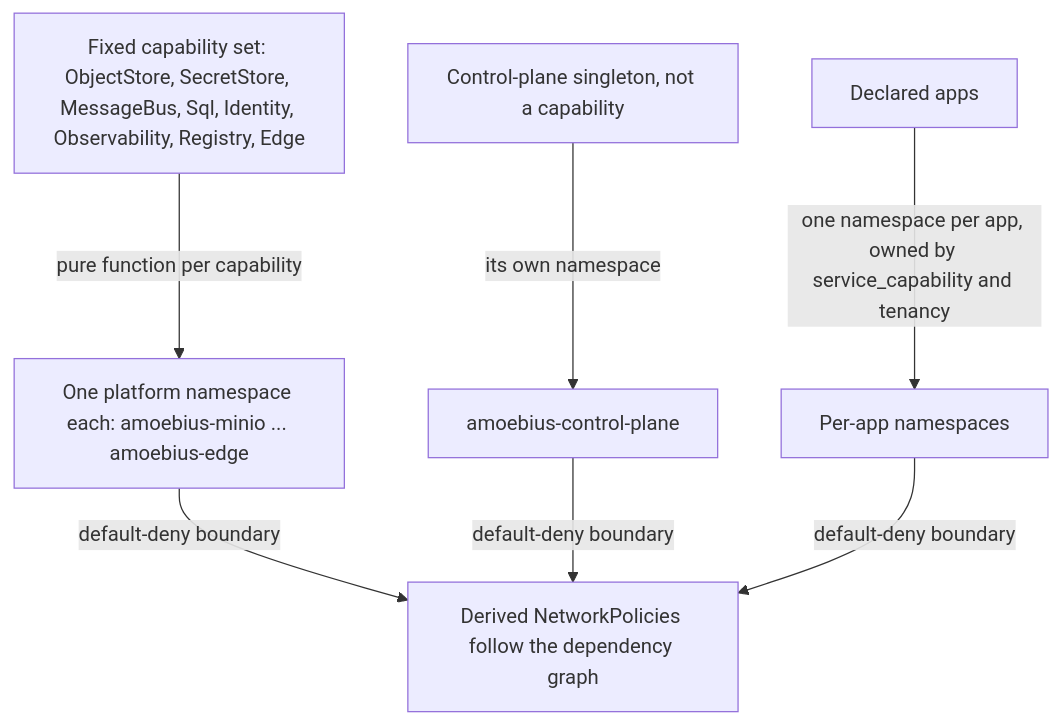
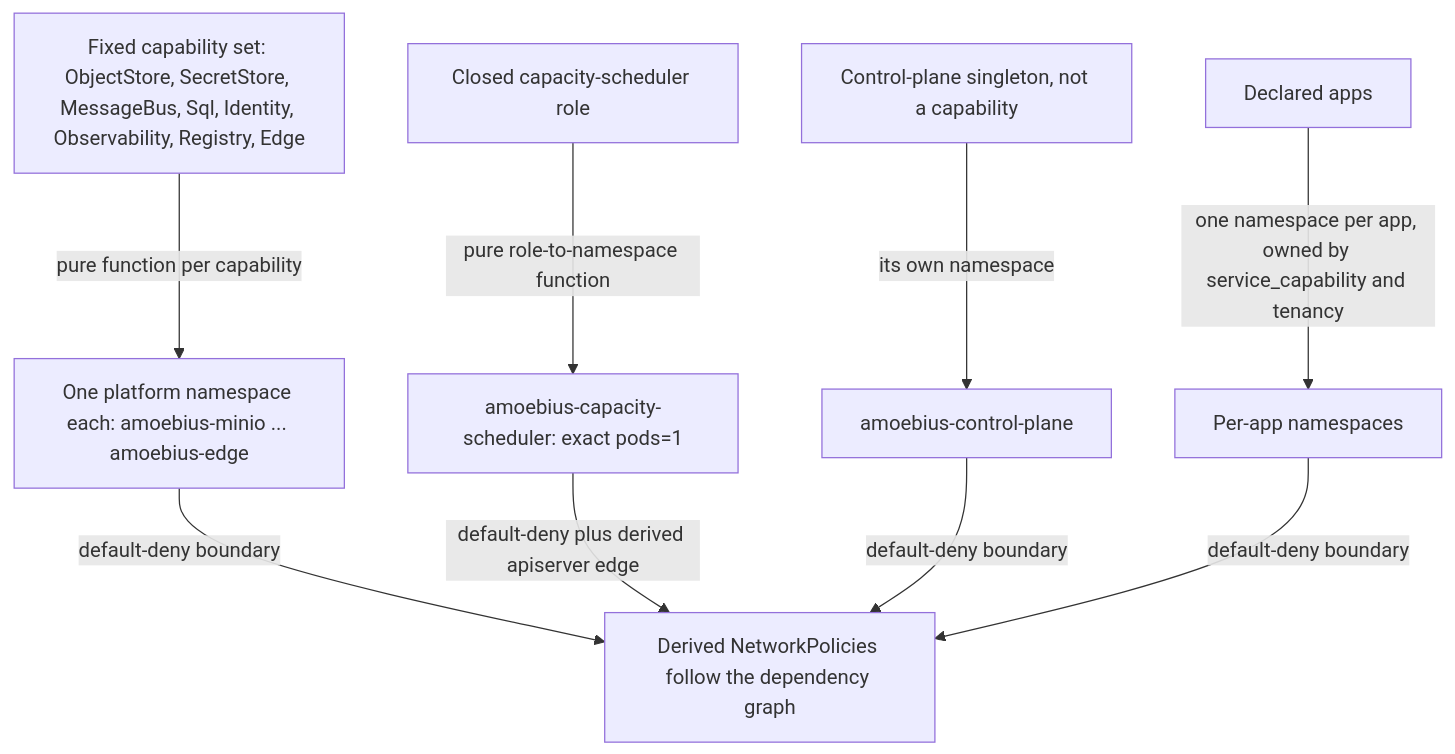
Before and after one commit to Tuee22/amoebius: the diagram in documents/engineering/namespace_layout_doctrine.md, drawn with Mermaid. The commit also changed other lines of this file and 87 other files, not shown here.

````diff
--- a/documents/engineering/namespace_layout_doctrine.md
+++ b/documents/engineering/namespace_layout_doctrine.md
@@ -83,9 +93,11 @@
 ```mermaid
 flowchart TD
   capset[Fixed capability set: ObjectStore, SecretStore, MessageBus, Sql, Identity, Observability, Registry, Edge] -->|pure function per capability| nsplat[One platform namespace each: amoebius-minio ... amoebius-edge]
+  schedrole[Closed capacity-scheduler role] -->|pure role-to-namespace function| nssched[amoebius-capacity-scheduler: exact pods=1]
   singleton[Control-plane singleton, not a capability] -->|its own namespace| nscp[amoebius-control-plane]
   appset[Declared apps] -->|one namespace per app, owned by service_capability and tenancy| nsapp[Per-app namespaces]
   nsplat -->|default-deny boundary| policy[Derived NetworkPolicies follow the dependency graph]
+  nssched -->|default-deny plus derived apiserver edge| policy
   nscp -->|default-deny boundary| policy
   nsapp -->|default-deny boundary| policy
 ```
````
